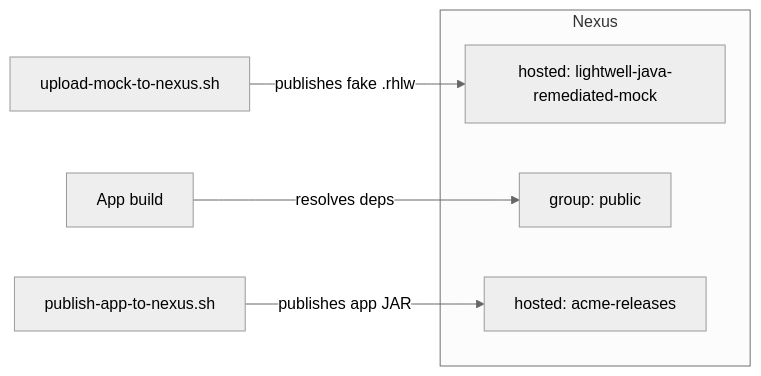
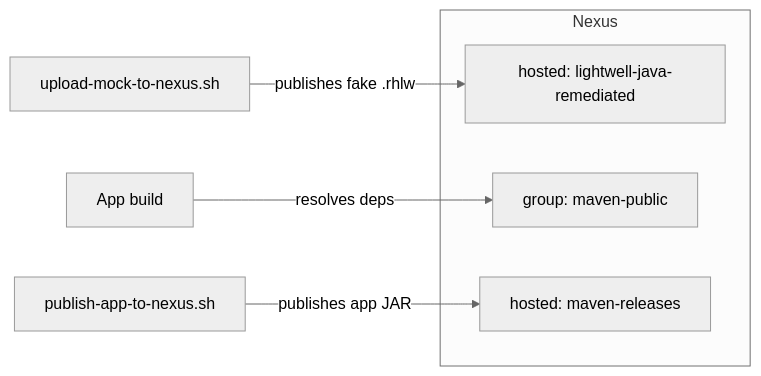
Before and after one commit to ansible-tmm/lightwell_app: the second of 3 diagrams in README.md, drawn with Mermaid (neutral theme). The commit also changed other lines of this file and 13 other files, not shown here.

````diff
--- a/README.md
+++ b/README.md
@@ -41,12 +41,12 @@
 ```mermaid
 flowchart LR
   Upload["upload-mock-to-nexus.sh"] -->|"publishes fake .rhlw"| Mock
   Build["App build"] -->|"resolves deps"| Group
   Publish["publish-app-to-nexus.sh"] -->|"publishes app JAR"| AppRepo
 
   subgraph Nexus
-    Mock["hosted: lightwell-java-remediated-mock"]
-    Group["group: public"]
-    AppRepo["hosted: acme-releases"]
+    Mock["hosted: lightwell-java-remediated"]
+    Group["group: maven-public"]
+    AppRepo["hosted: maven-releases"]
   end
 ```
````
